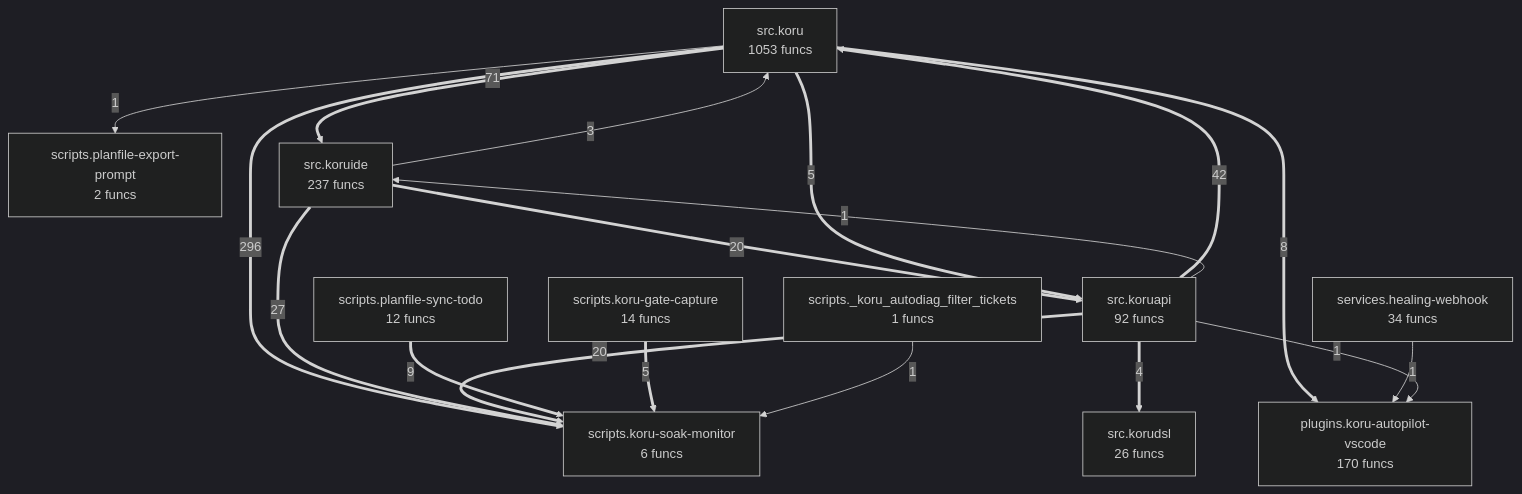
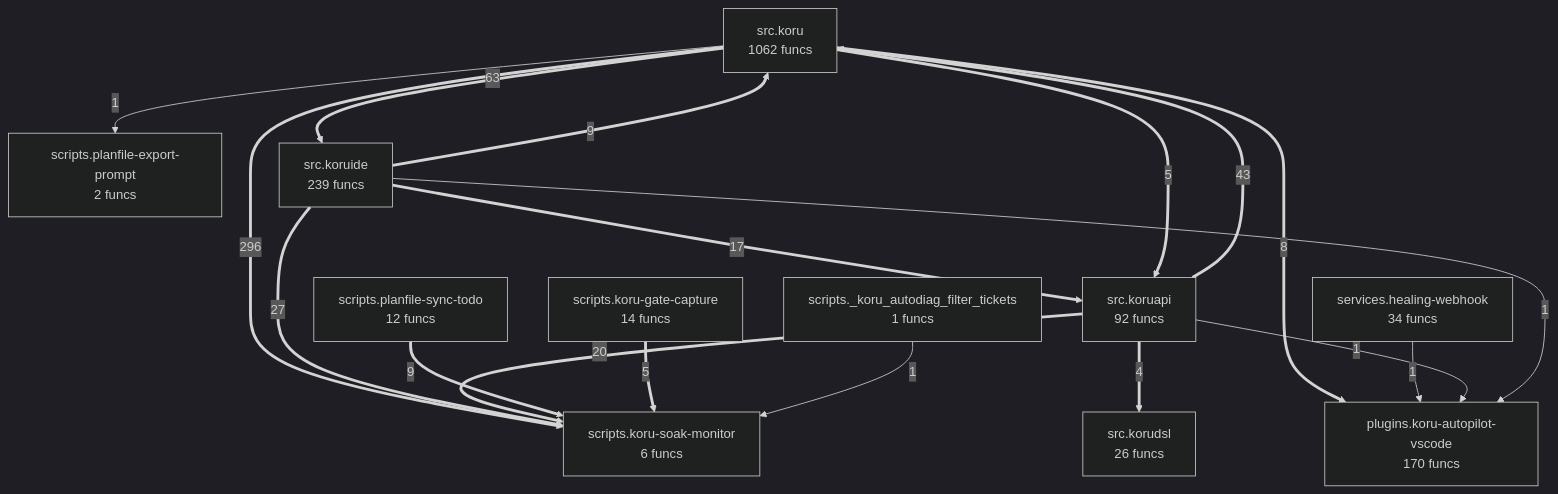
Before and after one commit to semcod/koru: the diagram in project/compact_flow.mmd, drawn with Mermaid (dark theme). The commit also changed 32 other files, not shown here.

```diff
--- a/project/compact_flow.mmd
+++ b/project/compact_flow.mmd
@@ -1,30 +1,30 @@
 flowchart TD
-%% generated in 0.13s
+%% generated in 0.05s
     plugins__koru_autopilot_vscode["plugins.koru-autopilot-vscode<br/>170 funcs"]
     scripts___koru_autodiag_filter_tickets["scripts._koru_autodiag_filter_tickets<br/>1 funcs"]
     scripts__koru_gate_capture["scripts.koru-gate-capture<br/>14 funcs"]
     scripts__koru_soak_monitor["scripts.koru-soak-monitor<br/>6 funcs"]
     scripts__planfile_export_prompt["scripts.planfile-export-prompt<br/>2 funcs"]
     scripts__planfile_sync_todo["scripts.planfile-sync-todo<br/>12 funcs"]
     services__healing_webhook["services.healing-webhook<br/>34 funcs"]
-    src__koru["src.koru<br/>1053 funcs"]
+    src__koru["src.koru<br/>1062 funcs"]
     src__koruapi["src.koruapi<br/>92 funcs"]
     src__korudsl["src.korudsl<br/>26 funcs"]
-    src__koruide["src.koruide<br/>237 funcs"]
+    src__koruide["src.koruide<br/>239 funcs"]
     src__koru ==>|296| scripts__koru_soak_monitor
-    src__koru ==>|71| src__koruide
-    src__koruapi ==>|42| src__koru
+    src__koru ==>|63| src__koruide
+    src__koruapi ==>|43| src__koru
     src__koruide ==>|27| scripts__koru_soak_monitor
     src__koruapi ==>|20| scripts__koru_soak_monitor
-    src__koruide ==>|20| src__koruapi
+    src__koruide ==>|17| src__koruapi
+    src__koruide ==>|9| src__koru
     scripts__planfile_sync_todo ==>|9| scripts__koru_soak_monitor
     src__koru ==>|8| plugins__koru_autopilot_vscode
     src__koru ==>|5| src__koruapi
     scripts__koru_gate_capture ==>|5| scripts__koru_soak_monitor
     src__koruapi ==>|4| src__korudsl
-    src__koruide -->|3| src__koru
     services__healing_webhook -->|1| plugins__koru_autopilot_vscode
     src__koruapi -->|1| plugins__koru_autopilot_vscode
-    src__koruapi -->|1| src__koruide
     src__koru -->|1| scripts__planfile_export_prompt
     scripts___koru_autodiag_filter_tickets -->|1| scripts__koru_soak_monitor
+    src__koruide -->|1| plugins__koru_autopilot_vscode
```
